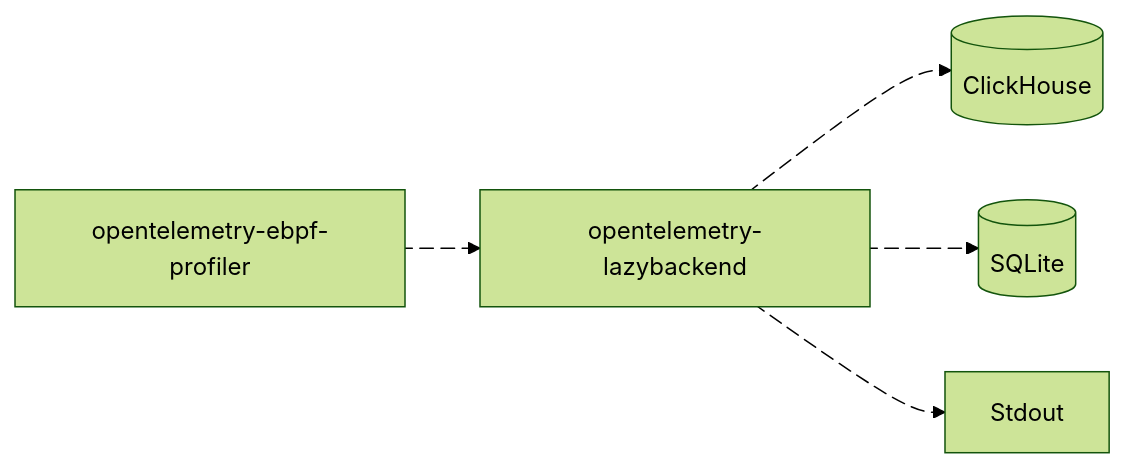
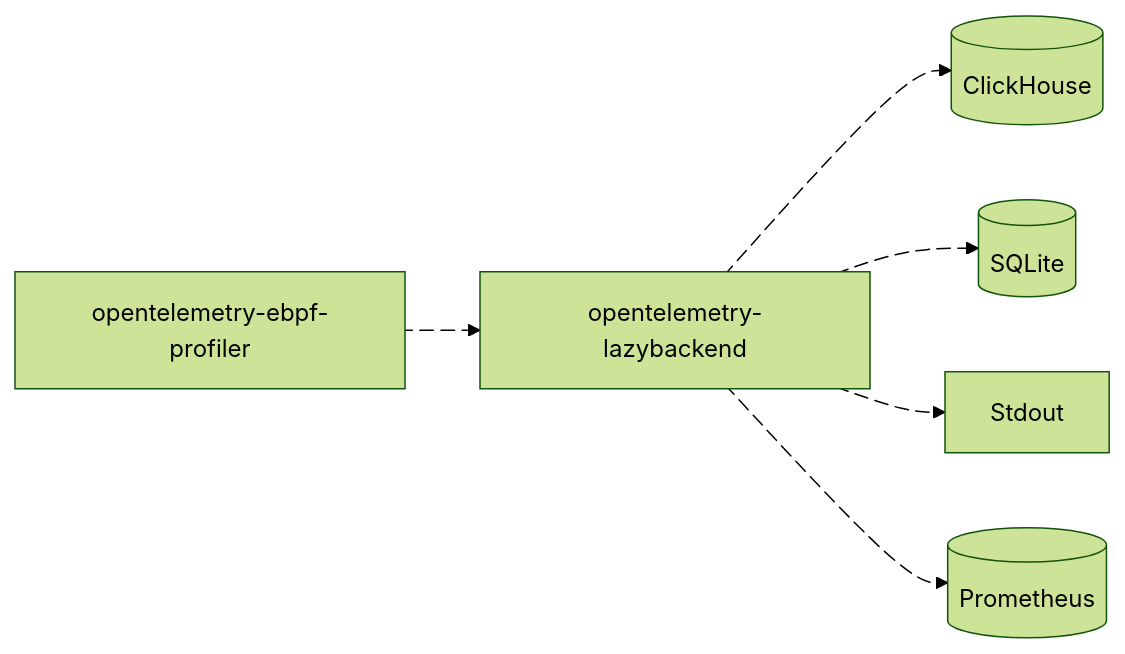
The diagram in README.md (danielpacak/opentelemetry-lazybackend), drawn with Mermaid (forest theme) before and after one commit. The commit also changed 6 other files, not shown here.

````diff
--- a/README.md
+++ b/README.md
@@ -8,18 +8,21 @@
 ``` mermaid
 flowchart LR
   opentelemetry-ebpf-profiler
   opentelemetry-lazybackend
   clickhouse@{ shape: cyl, label: "ClickHouse" }
   sqlite@{ shape: cyl, label: "SQLite" }
   stdout["Stdout"]
+  prometheus@{ shape: cyl, label: "Prometheus" }
 
   opentelemetry-ebpf-profiler e1@--> opentelemetry-lazybackend
   opentelemetry-lazybackend e2@--> clickhouse
   opentelemetry-lazybackend e3@--> sqlite
   opentelemetry-lazybackend e4@--> stdout
+  opentelemetry-lazybackend e5@--> prometheus
 
   e1@{ animate: true }
   e2@{ animate: true }
   e3@{ animate: true }
   e4@{ animate: true }
+  e5@{ animate: true }
 ```
````
